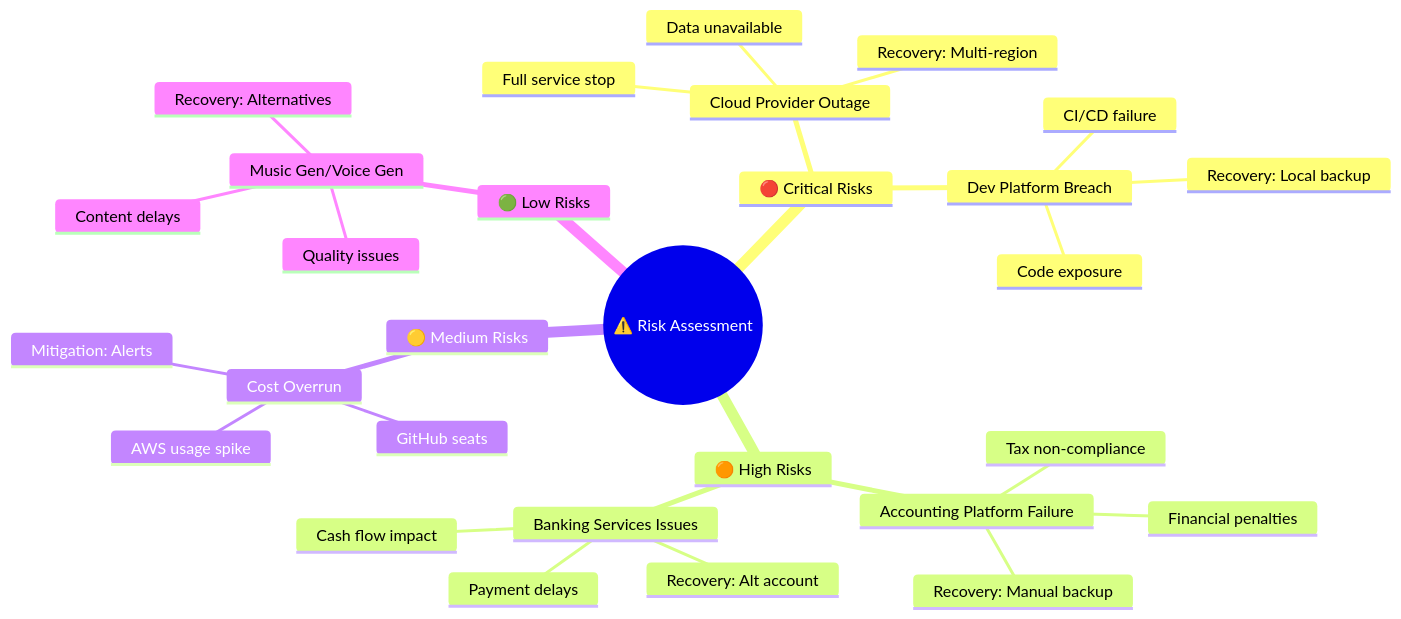
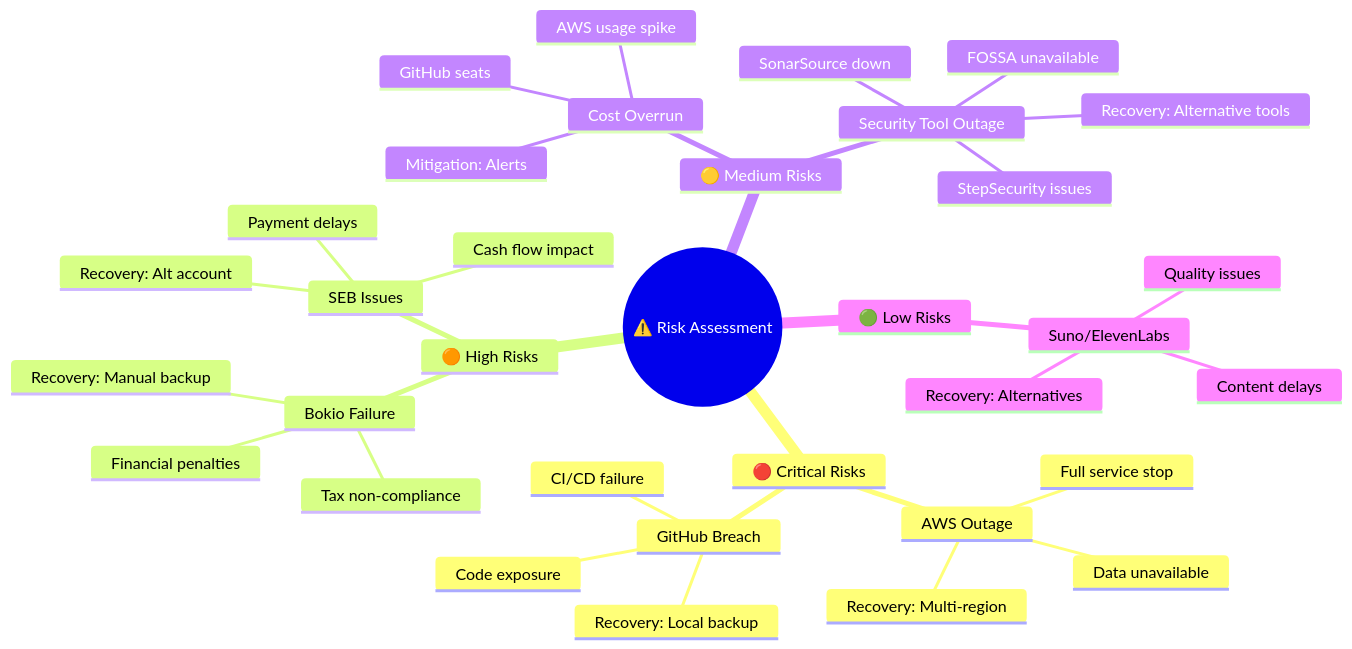
The fourth of 5 diagrams in SUPPLIER.md (Hack23/ISMS-PUBLIC), drawn with Mermaid before and after one commit. The commit also changed other lines of this file, not shown here.

````diff
--- a/SUPPLIER.md
+++ b/SUPPLIER.md
@@ -288,32 +350,37 @@
 ```mermaid
 mindmap
   root((⚠️ Risk Assessment))
     🔴 Critical Risks
-      Cloud Provider Outage
+      AWS Outage
         Full service stop
         Data unavailable
         Recovery: Multi-region
-      Dev Platform Breach
+      GitHub Breach
         Code exposure
         CI/CD failure
         Recovery: Local backup
     🟠 High Risks
-      Accounting Platform Failure
+      Bokio Failure
         Tax non-compliance
         Financial penalties
         Recovery: Manual backup
-      Banking Services Issues
+      SEB Issues
         Payment delays
         Cash flow impact
         Recovery: Alt account
     🟡 Medium Risks
       Cost Overrun
         AWS usage spike
         GitHub seats
         Mitigation: Alerts
+      Security Tool Outage
+        SonarSource down
+        FOSSA unavailable
+        StepSecurity issues
+        Recovery: Alternative tools
     🟢 Low Risks
-      Music Gen/Voice Gen
+      Suno/ElevenLabs
         Content delays
         Quality issues
         Recovery: Alternatives
 ```
````
